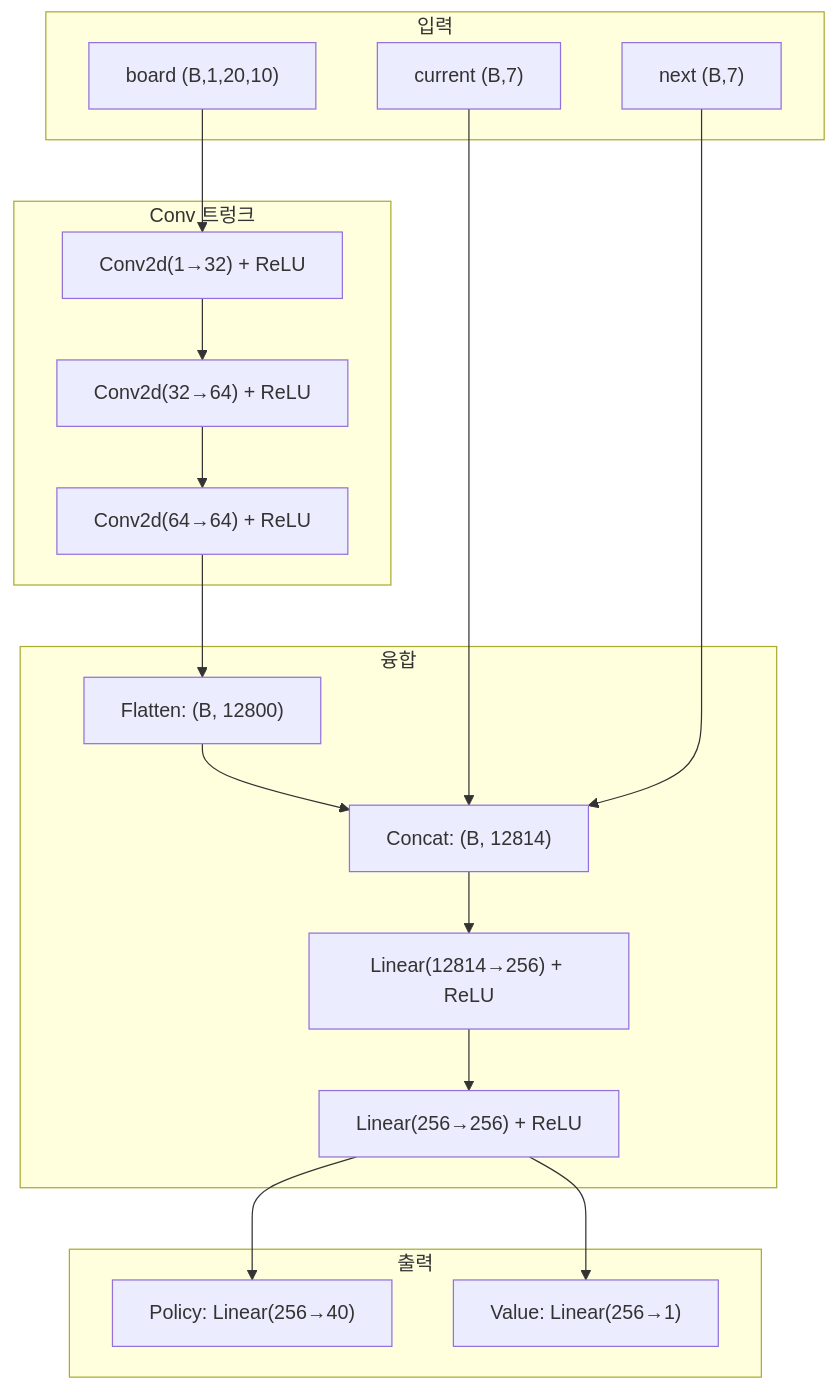
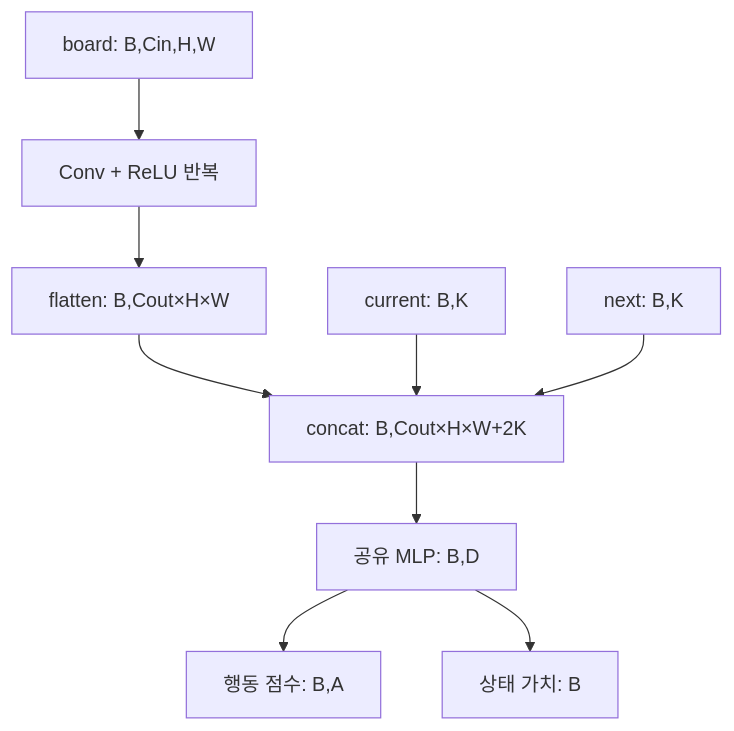
Before and after one commit to Rein-ArXiv/Tetris-Multiplayer-RL: the third of 4 diagrams in docs/blog/part8-python-rl.md, drawn with Mermaid. The commit also changed other lines of this file and 13601 other files, not shown here.

````diff
--- a/docs/blog/part8-python-rl.md
+++ b/docs/blog/part8-python-rl.md
@@ -1099,31 +1136,11 @@
 ```mermaid
 graph TB
-    subgraph "입력"
-        A["board (B,1,20,10)"]
-        B["current (B,7)"]
-        C["next (B,7)"]
-    end
-    subgraph "Conv 트렁크"
-        D["Conv2d(1→32) + ReLU"]
-        E["Conv2d(32→64) + ReLU"]
-        F["Conv2d(64→64) + ReLU"]
-    end
-    subgraph "융합"
-        G["Flatten: (B, 12800)"]
-        H["Concat: (B, 12814)"]
-        I["Linear(12814→256) + ReLU"]
-        J["Linear(256→256) + ReLU"]
-    end
-    subgraph "출력"
-        K["Policy: Linear(256→40)"]
-        L["Value: Linear(256→1)"]
-    end
-
-    A --> D --> E --> F --> G
-    G --> H
-    B --> H
-    C --> H
-    H --> I --> J
-    J --> K
-    J --> L
+    A["board: B,Cin,H,W"] --> T["Conv + ReLU 반복"]
+    T --> F["flatten: B,Cout×H×W"]
+    F --> J["concat: B,Cout×H×W+2K"]
+    B["current: B,K"] --> J
+    C["next: B,K"] --> J
+    J --> M["공유 MLP: B,D"]
+    M --> P["행동 점수: B,A"]
+    M --> V["상태 가치: B"]
 ```
````
